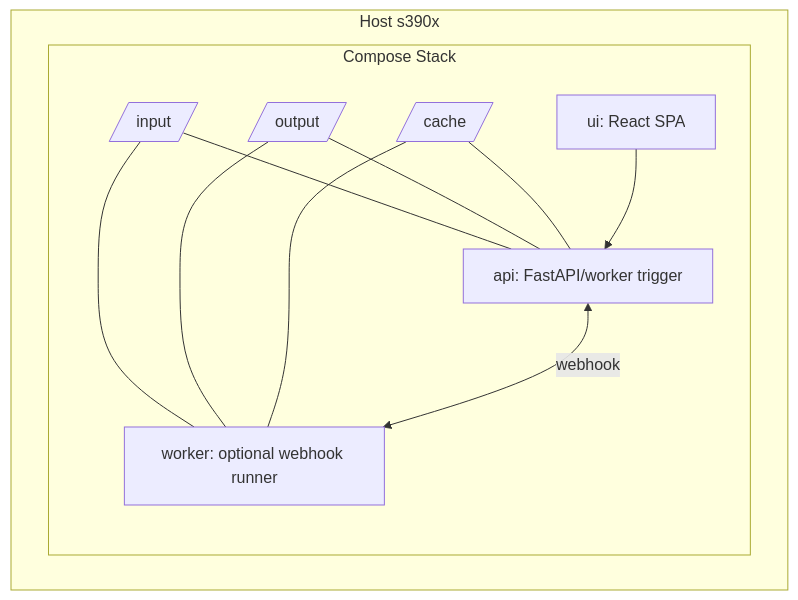
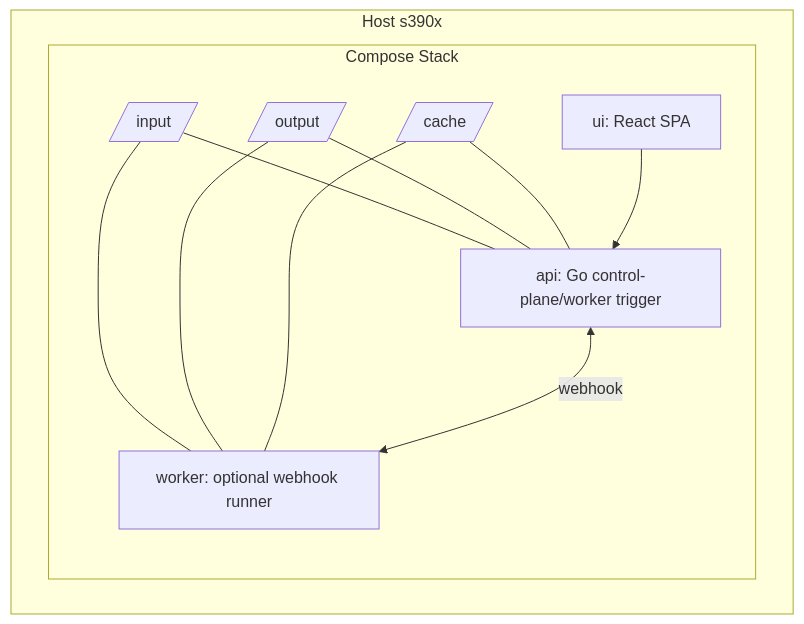
One commit to k8ika0s/s390x-wheel-refinery changed the diagram in docs/diagrams/deployment-views.mmd. Above: the diagram before and after it, drawn with Mermaid. The commit also changed 6 other files, not shown here.

Commit message:
Docs: align guides and diagrams to Go control-plane/worker

```diff
--- a/docs/diagrams/deployment-views.mmd
+++ b/docs/diagrams/deployment-views.mmd
@@ -1,19 +1,19 @@
 flowchart TD
     subgraph Host s390x
         subgraph Compose Stack
-            API[api: FastAPI/worker trigger]
+            API[api: Go control-plane/worker trigger]
             UI[ui: React SPA]
             WORKER[worker: optional webhook runner]
             VOL_IN[/input/]
             VOL_OUT[/output/]
             VOL_CACHE[/cache/]
         end
     end
     VOL_IN --- API
     VOL_OUT --- API
     VOL_CACHE --- API
     VOL_IN --- WORKER
     VOL_OUT --- WORKER
     VOL_CACHE --- WORKER
     UI --> API
     API <-- webhook --> WORKER
```
